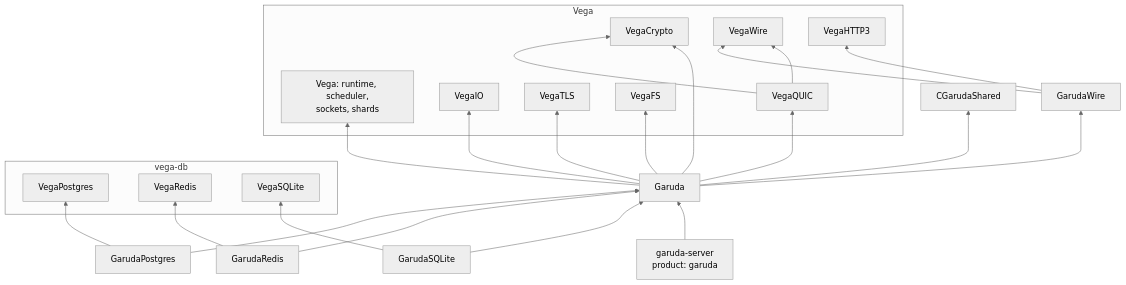
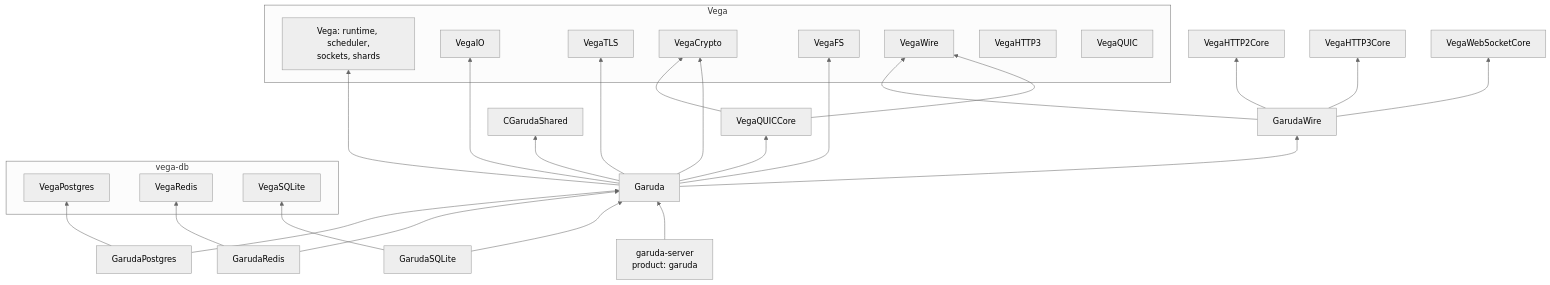
One commit to grepjava/garuda changed the first of 3 diagrams in ARCHITECTURE.md. Above: the diagram before and after it, drawn with Mermaid (neutral theme). The commit also changed other lines of this file and 7 other files, not shown here.

First line of the commit message:
Docs name Vega 1.0's modules and APIs; 2.1.0's notes take the web-frameworks entry

````diff
--- a/ARCHITECTURE.md
+++ b/ARCHITECTURE.md
@@ -37,31 +37,31 @@
 ```mermaid
 flowchart BT
     subgraph vega[Vega]
         Vega[Vega: runtime, scheduler,<br/>sockets, shards]
         VegaIO
         VegaTLS
         VegaCrypto
         VegaFS
         VegaWire
         VegaHTTP3
         VegaQUIC
     end
     subgraph vegadb[vega-db]
         VegaPostgres
         VegaRedis
         VegaSQLite
     end
-    Wire[GarudaWire] --> VegaWire & VegaHTTP3
-    VegaQUIC --> VegaWire & VegaCrypto
+    Wire[GarudaWire] --> VegaWire & VegaHTTP2Core & VegaHTTP3Core & VegaWebSocketCore
+    VegaQUICCore --> VegaWire & VegaCrypto
     Garuda --> Wire
-    Garuda --> VegaQUIC
+    Garuda --> VegaQUICCore
     Garuda --> CGarudaShared
     Garuda --> Vega & VegaIO & VegaTLS & VegaCrypto & VegaFS
     GP[GarudaPostgres] --> Garuda
     GP --> VegaPostgres
     GR[GarudaRedis] --> Garuda
     GR --> VegaRedis
     GS[GarudaSQLite] --> Garuda
     GS --> VegaSQLite
     server["garuda-server<br/>product: garuda"] --> Garuda
 ```
````
